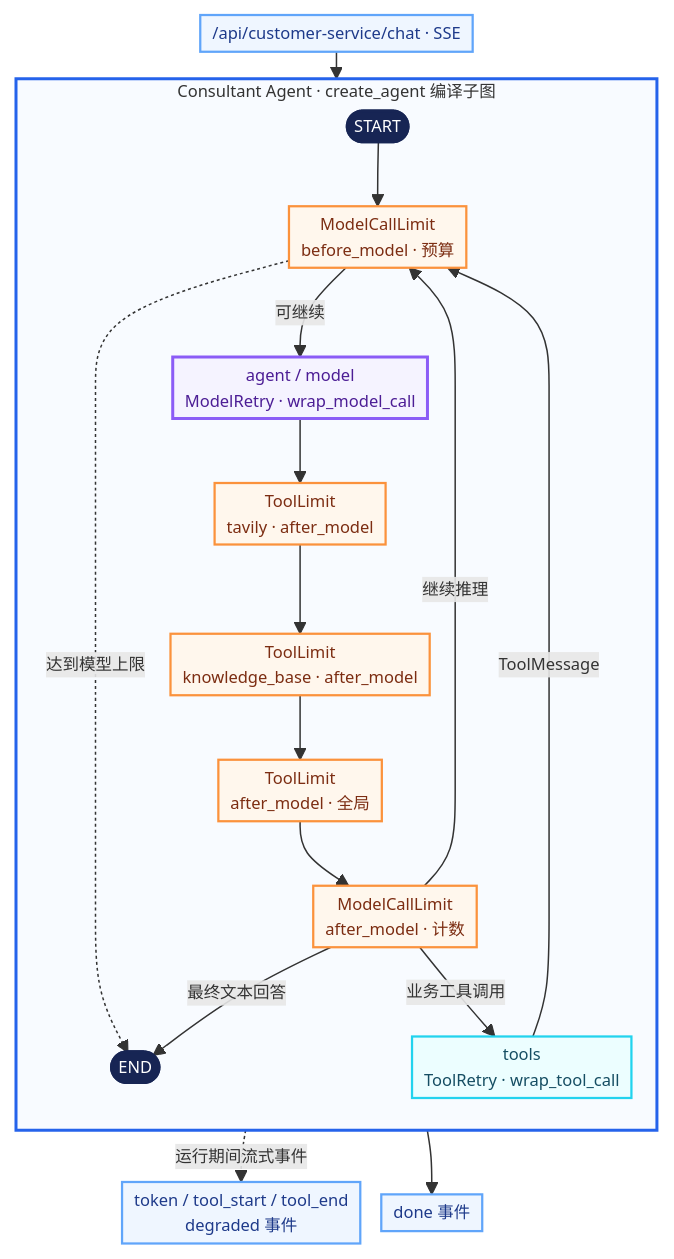
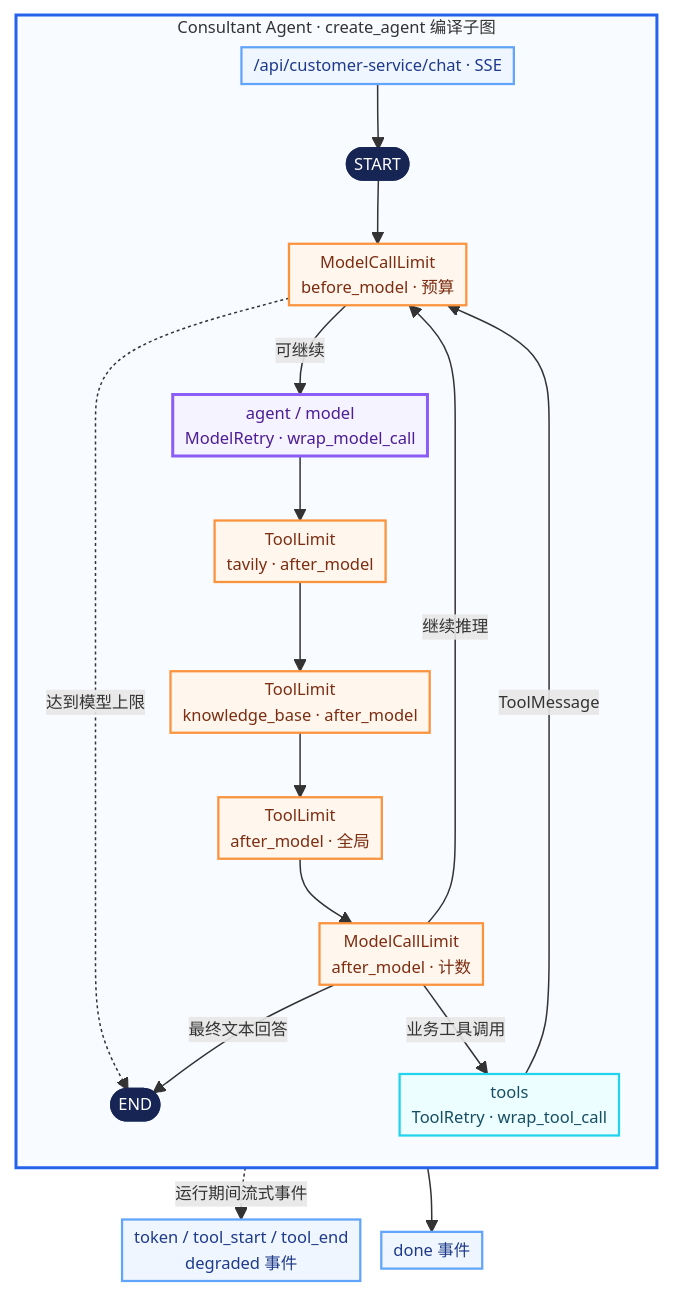
Before and after one commit to Lucky-LMC/AI-Interview: the fourth of 4 diagrams in README.md, drawn with Mermaid. The commit also changed other lines of this file, not shown here.

Commit message:
fix: prevent architecture diagram label overlap

````diff
--- a/README.md
+++ b/README.md
@@ -133,36 +132,36 @@
 ```mermaid
 %%{init: {"flowchart": {"nodeSpacing": 14, "rankSpacing": 18, "padding": 4}, "themeVariables": {"fontSize": "11px"}}}%%
 flowchart TB
     subgraph consultant_graph["Consultant Agent · create_agent 编译子图"]
         direction TB
-        start_c([START]) --> before_c["ModelCallLimit<br/>before_model · 预算"]
+        sse["/api/customer-service/chat · SSE"] --> start_c([START])
+        start_c --> before_c["ModelCallLimit<br/>before_model · 预算"]
         before_c -- 可继续 --> agent_c["agent / model<br/>ModelRetry · wrap_model_call"]
         before_c -. 达到模型上限 .-> end_c([END])
         agent_c --> tavily_limit_c["ToolLimit<br/>tavily · after_model"]
         tavily_limit_c --> kb_limit_c["ToolLimit<br/>knowledge_base · after_model"]
         kb_limit_c --> global_c["ToolLimit<br/>after_model · 全局"]
         global_c --> after_c["ModelCallLimit<br/>after_model · 计数"]
         after_c -- 业务工具调用 --> tools_c["tools<br/>ToolRetry · wrap_tool_call"]
         tools_c -- ToolMessage --> before_c
         after_c -- 最终文本回答 --> end_c([END])
         after_c -- 继续推理 --> before_c
     end
 
-    sse["/api/customer-service/chat · SSE"] --> start_c
     agent_c -. 运行期间流式事件 .-> events["token / tool_start / tool_end<br/>degraded 事件"]
     end_c --> done_c["done 事件"]
 
     classDef terminal fill:#172554,color:#ffffff,stroke:#172554,stroke-width:2px;
     classDef middleware fill:#fff7ed,color:#7c2d12,stroke:#fb923c,stroke-width:1.5px;
     classDef agentCore fill:#f5f3ff,color:#4c1d95,stroke:#8b5cf6,stroke-width:2px;
     classDef tool fill:#ecfeff,color:#164e63,stroke:#22d3ee,stroke-width:1.5px;
     classDef process fill:#eff6ff,color:#1e3a8a,stroke:#60a5fa,stroke-width:1.5px;
 
     class start_c,end_c terminal;
     class before_c,kb_limit_c,tavily_limit_c,global_c,after_c middleware;
     class agent_c agentCore;
     class tools_c tool;
     class sse,events,done_c process;
 
     style consultant_graph fill:#f8fbff,stroke:#2563eb,stroke-width:2px;
 ```
````
